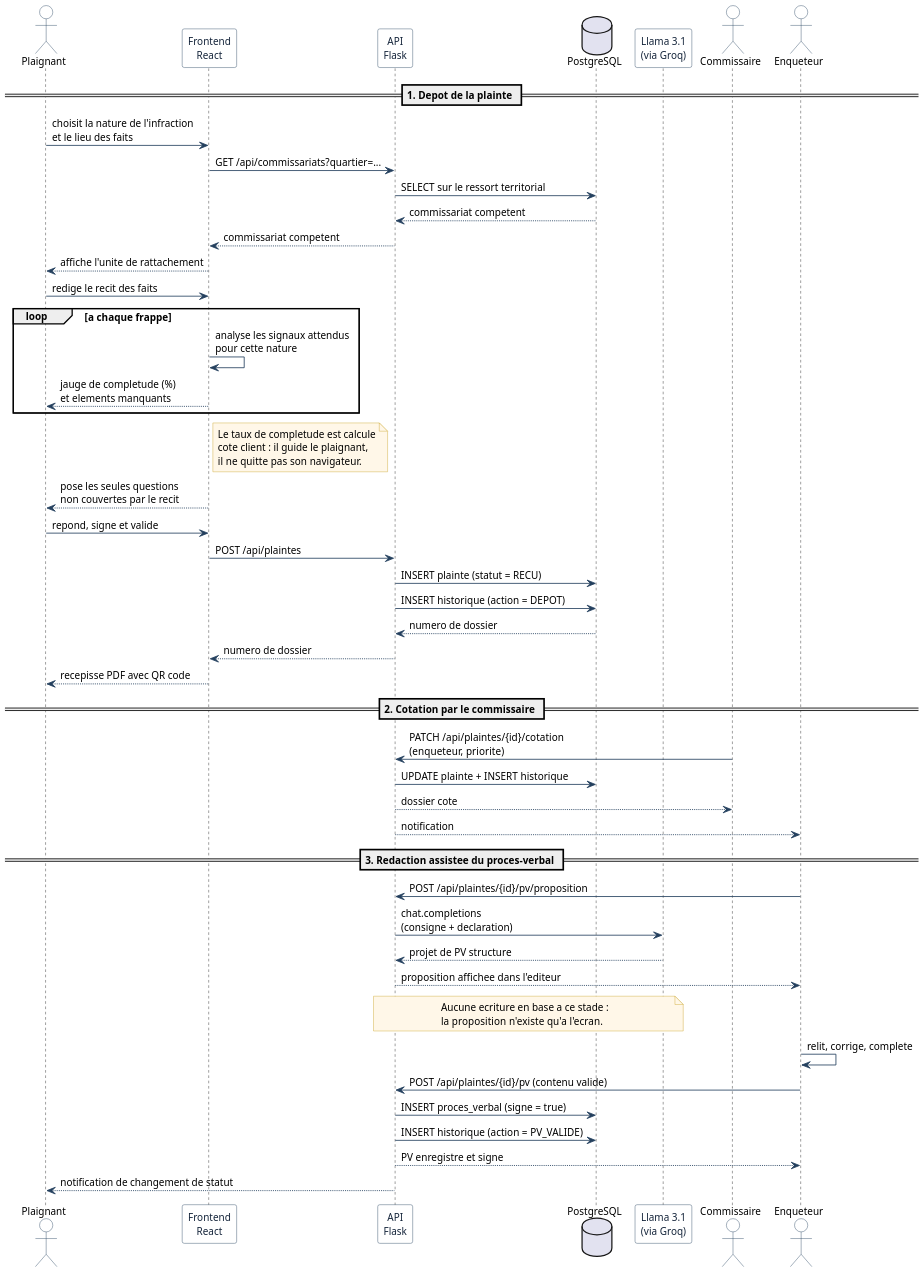
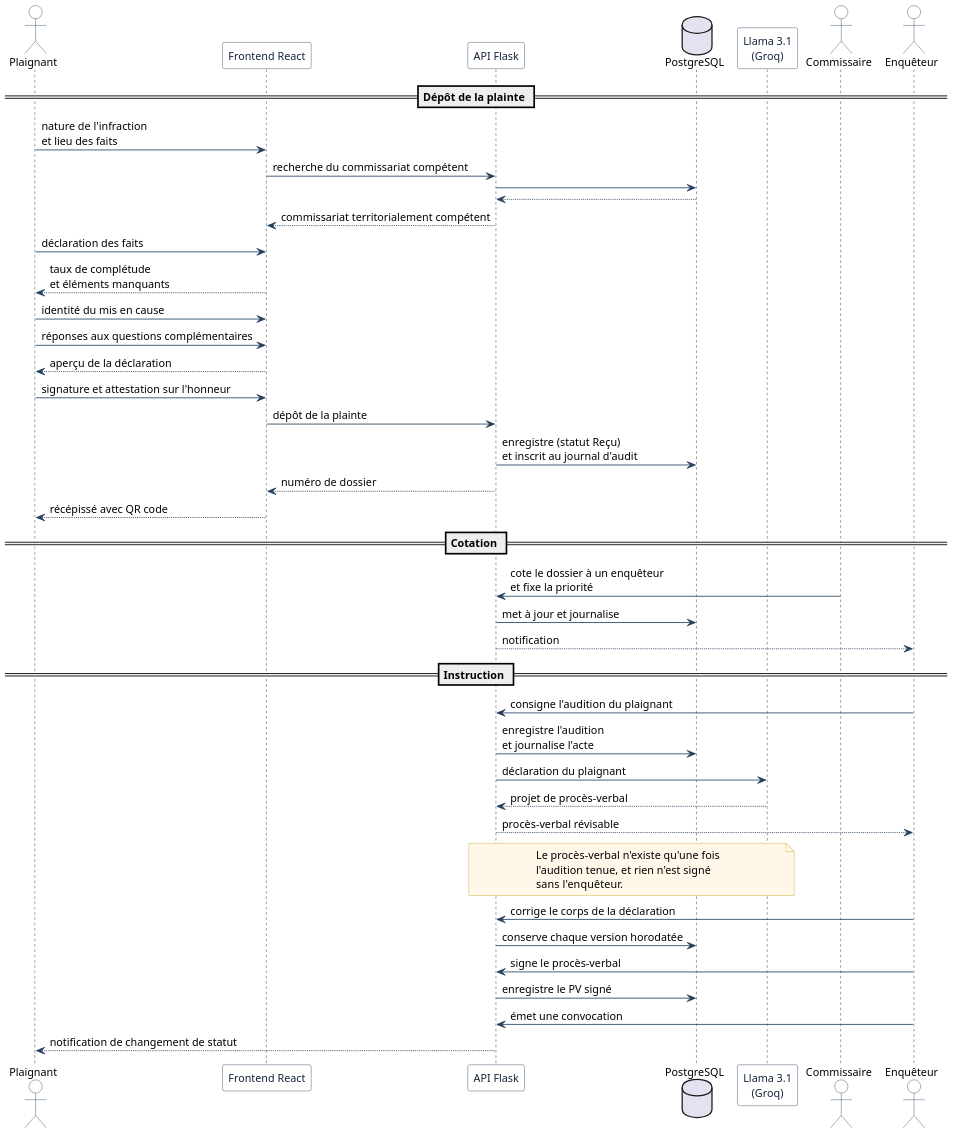
The diagram in memoire/diagrammes/sequence.puml (NodemBorel/plainte-cam), drawn with PlantUML before and after one commit. The commit also changed 14 other files, not shown here.

```diff
--- a/memoire/diagrammes/sequence.puml
+++ b/memoire/diagrammes/sequence.puml
@@ -1,100 +1,96 @@
 @startuml sequence
 ' ==============================================================
-'  PlainteCam — Diagramme de sequence
-'  Du depot de la plainte a la validation du proces-verbal.
+'  PlainteCam — Diagramme de séquence
+'  Trois temps : dépôt de la plainte, cotation par le commissaire,
+'  instruction par l'enquêteur.
+'
+'  Vocabulaire et enchaînement alignés sur l'application :
+'   - le dépôt suit les 5 étapes réelles du formulaire ;
+'   - le procès-verbal n'existe QU'UNE FOIS l'audition tenue
+'     (règle pvExiste dans l'espace enquêteur) ;
+'   - chaque correction du PV est horodatée et conservée.
 '
 '  COMPILATION
-'    En ligne : https://www.plantuml.com/plantuml/uml/
-'    En local : java -jar plantuml.jar sequence.puml
-'               (les diagrammes de sequence n'exigent PAS Graphviz)
-'
-'  INSERTION : renommer le PNG en  sequence.png  dans memoire/images/
+'    java -jar plantuml.jar -tpng -charset UTF-8 sequence.puml
 ' ==============================================================
 
 skinparam dpi 150
 skinparam backgroundColor #FFFFFF
 skinparam shadowing false
 skinparam defaultFontName Helvetica
-skinparam defaultFontSize 12
+skinparam defaultFontSize 13
 skinparam ArrowColor #24405E
 skinparam sequenceMessageAlign left
 
 skinparam participant {
   BorderColor #24405E
   BackgroundColor #FFFFFF
   FontColor #14243A
 }
 skinparam actor {
   BorderColor #24405E
   BackgroundColor #FFFFFF
 }
 skinparam note {
   BorderColor #C9A227
   BackgroundColor #FFF7E8
 }
 
-actor       "Plaignant"        as CIT
-participant "Frontend\nReact"  as FE
-participant "API\nFlask"       as API
-database    "PostgreSQL"       as DB
-participant "Llama 3.1\n(via Groq)" as IA
-actor       "Commissaire"      as COM
-actor       "Enqueteur"        as ENQ
+actor       "Plaignant"          as CIT
+participant "Frontend React"     as FE
+participant "API Flask"          as API
+database    "PostgreSQL"         as DB
+participant "Llama 3.1\n(Groq)"  as IA
+actor       "Commissaire"        as COM
+actor       "Enquêteur"          as ENQ
 
-== 1. Depot de la plainte ==
+== Dépôt de la plainte ==
 
-CIT -> FE  : choisit la nature de l'infraction\net le lieu des faits
-FE  -> API : GET /api/commissariats?quartier=...
-API -> DB  : SELECT sur le ressort territorial
-DB  --> API : commissariat competent
-API --> FE : commissariat competent
-FE  --> CIT : affiche l'unite de rattachement
+CIT -> FE  : nature de l'infraction\net lieu des faits
+FE  -> API : recherche du commissariat compétent
+API -> DB
+DB  --> API
+API --> FE : commissariat territorialement compétent
 
-CIT -> FE  : redige le recit des faits
-loop a chaque frappe
-  FE -> FE : analyse les signaux attendus\npour cette nature
-  FE --> CIT : jauge de completude (%)\net elements manquants
-end
+CIT -> FE  : déclaration des faits
+FE  --> CIT : taux de complétude\net éléments manquants
+CIT -> FE  : identité du mis en cause
+CIT -> FE  : réponses aux questions complémentaires
+FE  --> CIT : aperçu de la déclaration
+CIT -> FE  : signature et attestation sur l'honneur
 
-note right of FE
-  Le taux de completude est calcule
-  cote client : il guide le plaignant,
-  il ne quitte pas son navigateur.
+FE  -> API : dépôt de la plainte
+API -> DB  : enregistre (statut Reçu)\net inscrit au journal d'audit
+API --> FE : numéro de dossier
+FE  --> CIT : récépissé avec QR code
+
+== Cotation ==
+
+COM -> API : cote le dossier à un enquêteur\net fixe la priorité
+API -> DB  : met à jour et journalise
+API --> ENQ : notification
+
+== Instruction ==
+
+ENQ -> API : consigne l'audition du plaignant
+API -> DB  : enregistre l'audition\net journalise l'acte
+
+API -> IA  : déclaration du plaignant
+IA  --> API : projet de procès-verbal
+API --> ENQ : procès-verbal révisable
+
+note over API, IA
+  Le procès-verbal n'existe qu'une fois
+  l'audition tenue, et rien n'est signé
+  sans l'enquêteur.
 end note
 
-FE  --> CIT : pose les seules questions\nnon couvertes par le recit
-CIT -> FE  : repond, signe et valide
-FE  -> API : POST /api/plaintes
-API -> DB  : INSERT plainte (statut = RECU)
-API -> DB  : INSERT historique (action = DEPOT)
-DB  --> API : numero de dossier
-API --> FE : numero de dossier
-FE  --> CIT : recepisse PDF avec QR code
+ENQ -> API : corrige le corps de la déclaration
+API -> DB  : conserve chaque version horodatée
+ENQ -> API : signe le procès-verbal
+API -> DB  : enregistre le PV signé
 
-== 2. Cotation par le commissaire ==
-
-COM -> API : PATCH /api/plaintes/{id}/cotation\n(enqueteur, priorite)
-API -> DB  : UPDATE plainte + INSERT historique
-API --> COM : dossier cote
-API --> ENQ : notification
-
-== 3. Redaction assistee du proces-verbal ==
-
-ENQ -> API : POST /api/plaintes/{id}/pv/proposition
-API -> IA  : chat.completions\n(consigne + declaration)
-IA  --> API : projet de PV structure
-API --> ENQ : proposition affichee dans l'editeur
-
-note over API, IA
-  Aucune ecriture en base a ce stade :
-  la proposition n'existe qu'a l'ecran.
-end note
-
-ENQ -> ENQ : relit, corrige, complete
-ENQ -> API : POST /api/plaintes/{id}/pv (contenu valide)
-API -> DB  : INSERT proces_verbal (signe = true)
-API -> DB  : INSERT historique (action = PV_VALIDE)
-API --> ENQ : PV enregistre et signe
+ENQ -> API : émet une convocation
 API --> CIT : notification de changement de statut
 
 @enduml
```
